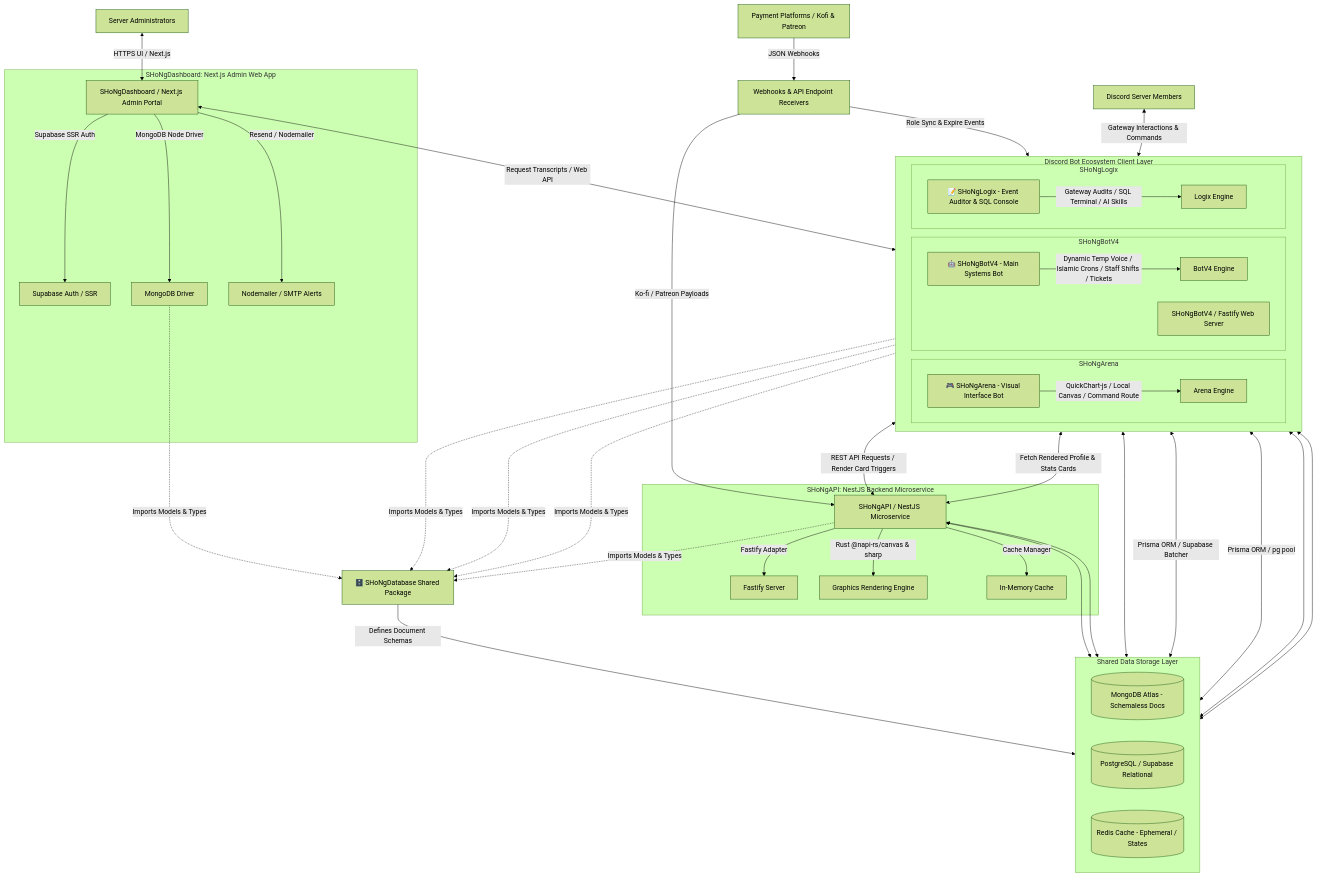
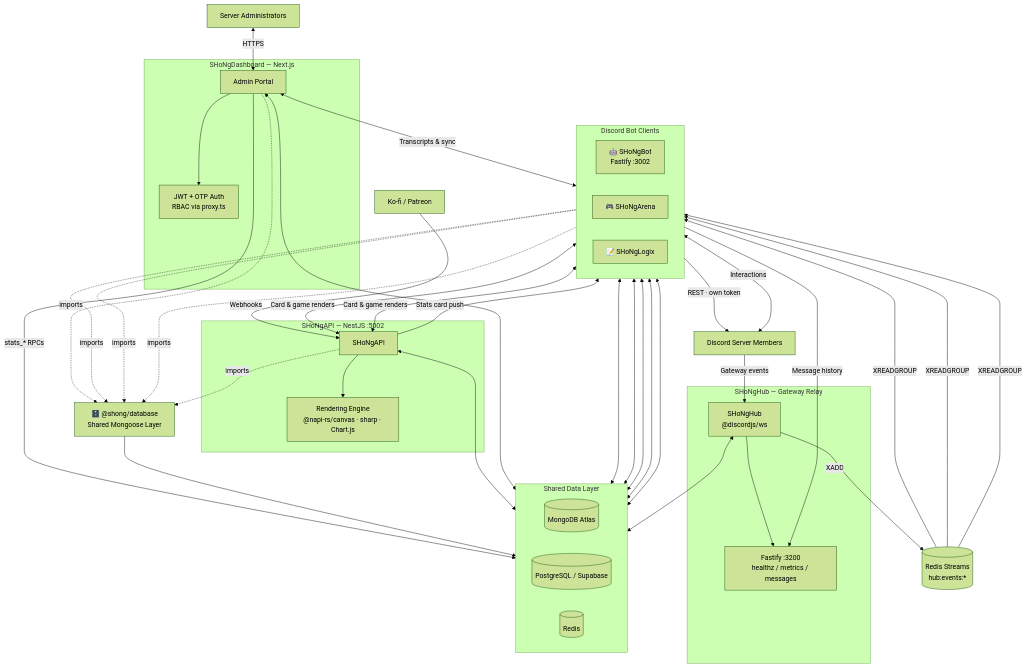
Before and after one commit to 1SHoNgxBoNg/.github: the diagram in profile/README.md, drawn with Mermaid (forest theme). The commit also changed other lines of this file, not shown here.

````diff
--- a/profile/README.md
+++ b/profile/README.md
@@ -98,100 +107,92 @@
 ```mermaid
 flowchart TD
-    %% External Actors
-    DiscordUsers[Discord Server Members]
-    WebAdmins[Server Administrators]
-    Webhooks[Payment Platforms / Kofi & Patreon]
-    WebhookReceiver[Webhooks & API Endpoint Receivers]
+    %% External actors
+    Members[Discord Server Members]
+    Admins[Server Administrators]
+    Payments[Ko-fi / Patreon]
 
-    %% Dashboard App
-    subgraph DashboardApp [SHoNgDashboard: Next.js Admin Web App]
-        Dashboard[SHoNgDashboard / Next.js Admin Portal]
-        SupabaseAuth[Supabase Auth / SSR]
-        MongoDashboard[MongoDB Driver]
-        Resend[Nodemailer / SMTP Alerts]
-
-        Dashboard --> |Supabase SSR Auth| SupabaseAuth
-        Dashboard --> |MongoDB Node Driver| MongoDashboard
-        Dashboard --> |Resend / Nodemailer| Resend
+    %% The relay
+    subgraph HubLayer [SHoNgHub — Gateway Relay]
+        Hub["SHoNgHub<br/>@discordjs/ws"]
+        HubAPI[Fastify :3200<br/>healthz / metrics / messages]
+        Hub --> HubAPI
     end
 
-    %% Bot Clients
-    subgraph Bots [Discord Bot Ecosystem Client Layer]
+    Streams[(Redis Streams<br/>hub:events:*)]
+
+    %% Bot clients
+    subgraph Bots [Discord Bot Clients]
         direction LR
-
-        subgraph BotV4Group [SHoNgBotV4]
-            SHoNgBotV4[🤖 SHoNgBotV4 - Main Systems Bot]
-            BotV4Core[BotV4 Engine]
-            FastifyV4[SHoNgBotV4 / Fastify Web Server]
-            SHoNgBotV4 --> |Dynamic Temp Voice / Islamic Crons / Staff Shifts / Tickets| BotV4Core
-        end
-
-        subgraph ArenaGroup [SHoNgArena]
-            SHoNgArena[🎮 SHoNgArena - Visual Interface Bot]
-            ArenaCore[Arena Engine]
-            SHoNgArena --> |QuickChart-js / Local Canvas / Command Route| ArenaCore
-        end
-
-        subgraph LogixGroup [SHoNgLogix]
-            SHoNgLogix[📝 SHoNgLogix - Event Auditor & SQL Console]
-            LogixCore[Logix Engine]
-            SHoNgLogix --> |Gateway Audits / SQL Terminal / AI Skills| LogixCore
-        end
+        Bot[🤖 SHoNgBot<br/>Fastify :3002]
+        Arena[🎮 SHoNgArena]
+        Logix[📝 SHoNgLogix]
     end
 
-    %% NestJS API
-    subgraph APIService [SHoNgAPI: NestJS Backend Microservice]
-        SHoNgAPI[SHoNgAPI / NestJS Microservice]
-        APIFastify[Fastify Server]
-        RenderEngine[Graphics Rendering Engine]
-        APICache[In-Memory Cache]
-
-        SHoNgAPI --> |Fastify Adapter| APIFastify
-        SHoNgAPI --> |Rust @napi-rs/canvas & sharp| RenderEngine
-        SHoNgAPI --> |Cache Manager| APICache
+    %% API
+    subgraph APILayer [SHoNgAPI — NestJS :5002]
+        API[SHoNgAPI]
+        Render["Rendering Engine<br/>@napi-rs/canvas · sharp · Chart.js"]
+        API --> Render
     end
 
-    %% Shared Mongoose Database Schemas Package
-    SHoNgDatabase[🗄️ SHoNgDatabase Shared Package]
-
-    %% Shared Databases
-    subgraph Databases [Shared Data Storage Layer]
-        direction LR
-        MongoDB[(MongoDB Atlas - Schemaless Docs)]
-        PostgreSQL[(PostgreSQL / Supabase Relational)]
-        Redis[(Redis Cache - Ephemeral / States)]
+    %% Dashboard
+    subgraph DashLayer [SHoNgDashboard — Next.js]
+        Dash[Admin Portal]
+        Auth[JWT + OTP Auth<br/>RBAC via proxy.ts]
+        Dash --> Auth
     end
 
-    %% Users & Inputs
-    DiscordUsers <--> |Gateway Interactions & Commands| Bots
-    WebAdmins <--> |HTTPS UI / Next.js| Dashboard
-    Webhooks --> |JSON Webhooks| WebhookReceiver
+    %% Shared package
+    SharedDB["🗄️ @shong/database<br/>Shared Mongoose Layer"]
 
-    %% Webhook Receiver Routing
-    WebhookReceiver --> |Ko-fi / Patreon Payloads| SHoNgAPI
-    WebhookReceiver --> |Role Sync & Expire Events| FastifyV4
+    %% Data stores
+    subgraph Data [Shared Data Layer]
+        direction LR
+        Mongo[(MongoDB Atlas)]
+        Postgres[(PostgreSQL / Supabase)]
+        Redis[(Redis)]
+    end
 
-    %% Integrations Between Components
-    SHoNgBotV4 <--> |REST API Requests / Render Card Triggers| SHoNgAPI
-    SHoNgArena <--> |Fetch Rendered Profile & Stats Cards| SHoNgAPI
-    Dashboard <--> |Request Transcripts / Web API| FastifyV4
+    %% Ingress
+    Members -->|Gateway events| Hub
+    Members <-->|Interactions| Bots
+    Admins <-->|HTTPS| Dash
+    Payments -->|Webhooks| API
 
-    %% Package Dependency Links
-    MongoDashboard -.-> |Imports Models & Types| SHoNgDatabase
-    BotV4Core -.-> |Imports Models & Types| SHoNgDatabase
-    ArenaCore -.-> |Imports Models & Types| SHoNgDatabase
-    LogixCore -.-> |Imports Models & Types| SHoNgDatabase
-    SHoNgAPI -.-> |Imports Models & Types| SHoNgDatabase
+    %% Relay fan-out
+    Hub -->|XADD| Streams
+    Streams -->|XREADGROUP| Bot
+    Streams -->|XREADGROUP| Arena
+    Streams -->|XREADGROUP| Logix
 
-    %% Database Connections
-    SHoNgDatabase --> |Defines Document Schemas| MongoDB
-    LogixCore <--> MongoDB
-    SHoNgAPI <--> MongoDB
+    %% Direct Discord access with own tokens
+    Bots -->|REST · own token| Members
+    Bot -->|Message history| HubAPI
 
-    BotV4Core <--> |Prisma ORM / Supabase Batcher| PostgreSQL
-    LogixCore <--> |Prisma ORM / pg pool| PostgreSQL
+    %% Rendering
+    Bot <-->|Card & game renders| API
+    Arena <-->|Card & game renders| API
+    API -->|Stats card push| Bot
 
-    BotV4Core <--> Redis
-    ArenaCore <--> Redis
-    SHoNgAPI <--> Redis
+    %% Dashboard integrations
+    Dash <-->|Transcripts & sync| Bot
+    Dash -->|stats_* RPCs| Postgres
+
+    %% Shared package links
+    Bot -.->|imports| SharedDB
+    Arena -.->|imports| SharedDB
+    Logix -.->|imports| SharedDB
+    API -.->|imports| SharedDB
+    Dash -.->|imports| SharedDB
+
+    %% Storage
+    SharedDB --> Mongo
+    Bot <--> Postgres
+    Logix <--> Postgres
+    Bot <--> Redis
+    Arena <--> Redis
+    Logix <--> Redis
+    API <--> Redis
+    Dash <--> Redis
+    Hub <--> Redis
 ```
````
